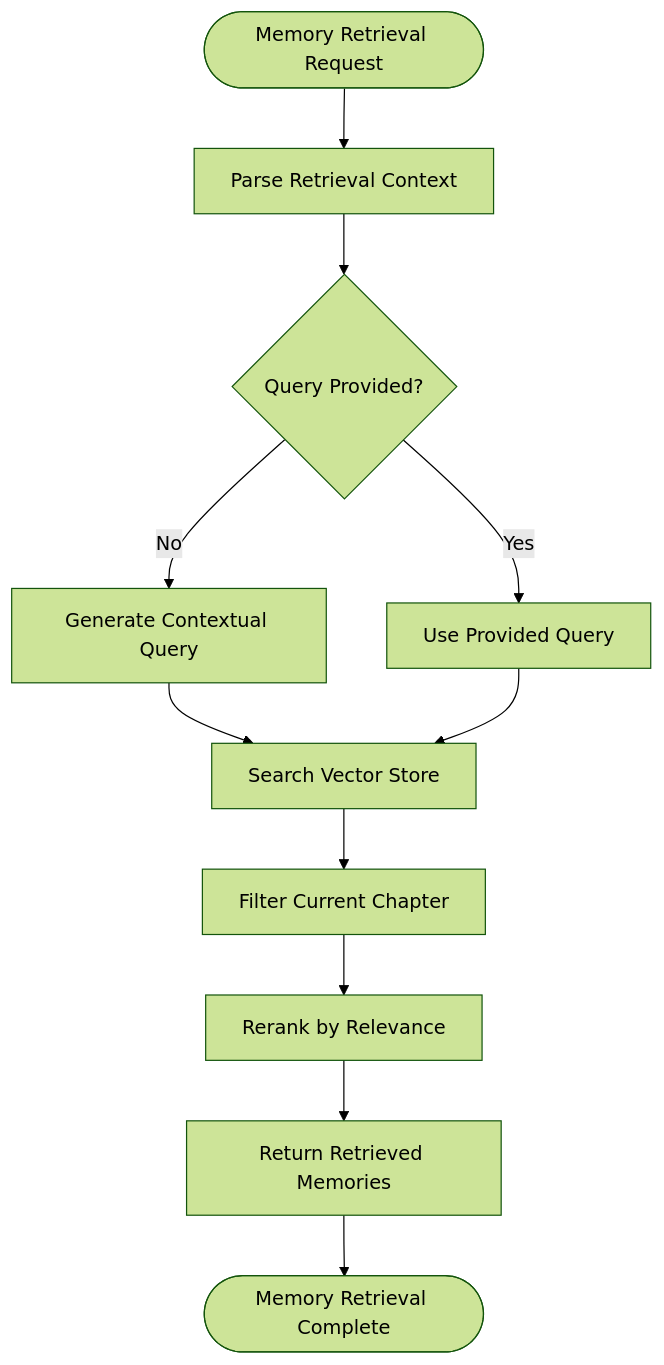
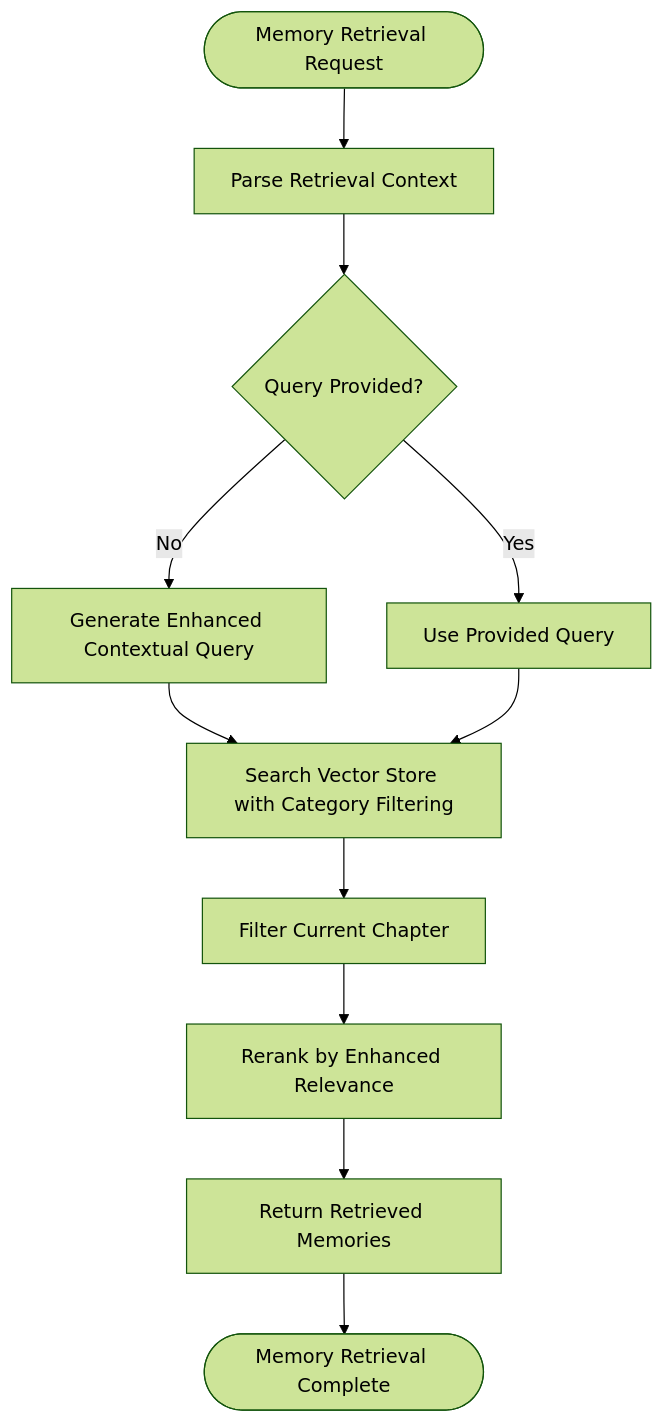
One commit to liwonder/NARRITIVE_OS changed the third of 5 diagrams in .qoder/repowiki/en/content/Memory Management System/Memory Retriever Component.md. Above: the diagram before and after it, drawn with Mermaid (forest theme). The commit also changed other lines of this file and 78 other files, not shown here.

````diff
--- a/.qoder/repowiki/en/content/Memory Management System/Memory Retriever Component.md
+++ b/.qoder/repowiki/en/content/Memory Management System/Memory Retriever Component.md
@@ -147,13 +160,13 @@
 ```mermaid
 flowchart TD
 Start([Memory Retrieval Request]) --> ParseContext["Parse Retrieval Context"]
 ParseContext --> CheckQuery{"Query Provided?"}
-CheckQuery --> |No| GenerateQuery["Generate Contextual Query"]
+CheckQuery --> |No| GenerateQuery["Generate Enhanced Contextual Query"]
 CheckQuery --> |Yes| UseProvidedQuery["Use Provided Query"]
-GenerateQuery --> SearchVector["Search Vector Store"]
+GenerateQuery --> SearchVector["Search Vector Store with Category Filtering"]
 UseProvidedQuery --> SearchVector
 SearchVector --> FilterCurrent["Filter Current Chapter"]
-FilterCurrent --> Rerank["Rerank by Relevance"]
+FilterCurrent --> Rerank["Rerank by Enhanced Relevance"]
 Rerank --> ReturnResults["Return Retrieved Memories"]
 ReturnResults --> End([Memory Retrieval Complete])
 ```
````
